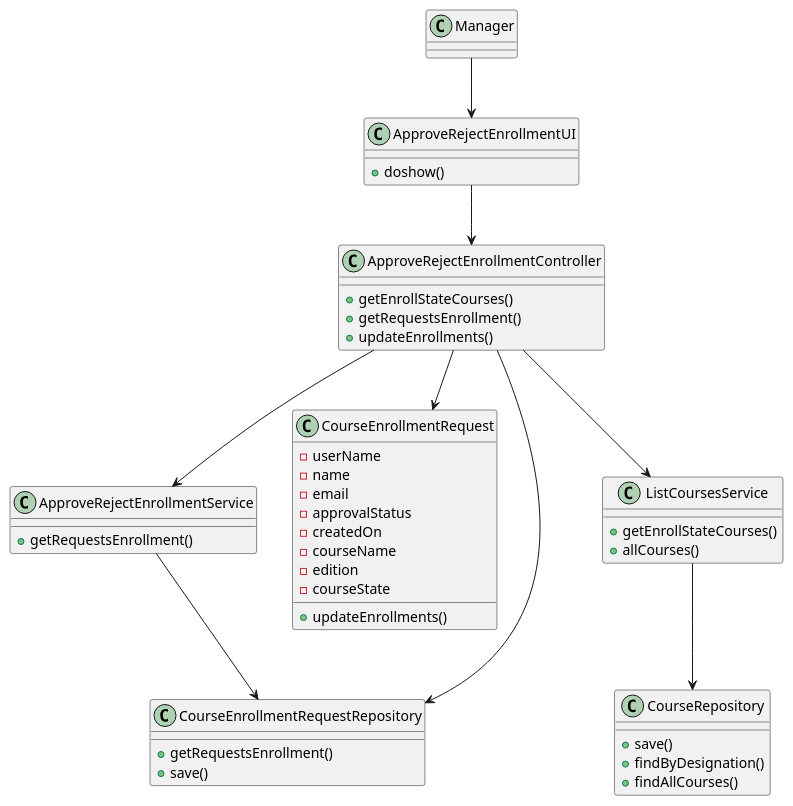
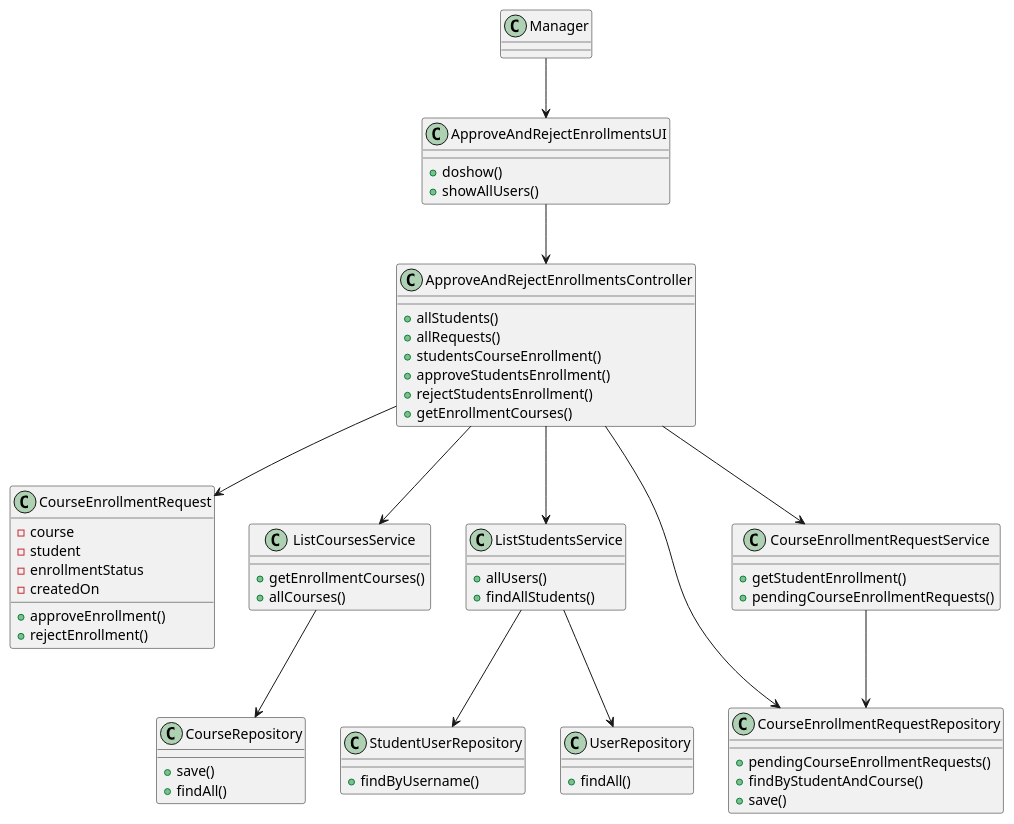
One commit to mascenso/isep-sem4-lapr4 changed the diagram in docs/SPRINT B/US1009 - Approve or Reject Students Applications/US1009-CD.puml. Above: the diagram before and after it, drawn with PlantUML. The commit also changed 7 other files, not shown here.

```diff
--- a/docs/SPRINT B/US1009 - Approve or Reject Students Applications/US1009-CD.puml
+++ b/docs/SPRINT B/US1009 - Approve or Reject Students Applications/US1009-CD.puml
@@ -1,58 +1,73 @@
 @startuml
 
 class Manager
-class ApproveRejectEnrollmentUI {
+class ApproveAndRejectEnrollmentsUI {
     +doshow()
+    +showAllUsers()
 }
 
-class ApproveRejectEnrollmentController {
-    +getEnrollStateCourses()
-    +getRequestsEnrollment()
-    +updateEnrollments()
-}
-
-
-class ApproveRejectEnrollmentService {
-    +getRequestsEnrollment()
+class ApproveAndRejectEnrollmentsController {
+    +allStudents()
+    +allRequests()
+    +studentsCourseEnrollment()
+    +approveStudentsEnrollment()
+    +rejectStudentsEnrollment()
+    +getEnrollmentCourses()
 }
 
 
 class CourseEnrollmentRequest {
-    - userName
-    - name
-    - email
-    - approvalStatus
-    - createdOn
-    - courseName
-    - edition
-    - courseState
-    +updateEnrollments()
+    -course
+    -student
+    -enrollmentStatus
+    -createdOn
+    +approveEnrollment()
+    +rejectEnrollment()
+}
+
+class StudentUserRepository{
+    +findByUsername()
 }
 
 class ListCoursesService {
-    +getEnrollStateCourses()
+    +getEnrollmentCourses()
     +allCourses()
 }
 
+class ListStudentsService {
+    +allUsers()
+    +findAllStudents()
+}
+
 class CourseEnrollmentRequestRepository{
-    +getRequestsEnrollment()
+    +pendingCourseEnrollmentRequests()
+    +findByStudentAndCourse()
     +save()
 }
 
 class CourseRepository {
     +save()
-    +findByDesignation()
-    +findAllCourses()
+    +findAll()
 }
 
+class CourseEnrollmentRequestService{
+    +getStudentEnrollment()
+    +pendingCourseEnrollmentRequests()
+}
 
-Manager --> ApproveRejectEnrollmentUI
-ApproveRejectEnrollmentUI-->ApproveRejectEnrollmentController
-ApproveRejectEnrollmentController-->ListCoursesService
-ApproveRejectEnrollmentController-->ApproveRejectEnrollmentService
-ApproveRejectEnrollmentService-->CourseEnrollmentRequestRepository
-ApproveRejectEnrollmentController-->CourseEnrollmentRequestRepository
-ApproveRejectEnrollmentController-->CourseEnrollmentRequest
+class UserRepository{
+    +findAll()
+}
+
+Manager --> ApproveAndRejectEnrollmentsUI
+ApproveAndRejectEnrollmentsUI-->ApproveAndRejectEnrollmentsController
+ApproveAndRejectEnrollmentsController-->ListCoursesService
+ApproveAndRejectEnrollmentsController-->ListStudentsService
+ListStudentsService-->UserRepository
+ListStudentsService-->StudentUserRepository
+ApproveAndRejectEnrollmentsController-->CourseEnrollmentRequestService
+CourseEnrollmentRequestService-->CourseEnrollmentRequestRepository
 ListCoursesService-->CourseRepository
-
+ApproveAndRejectEnrollmentsController-->CourseEnrollmentRequest
+ApproveAndRejectEnrollmentsController-->CourseEnrollmentRequestRepository
 @enduml
```
